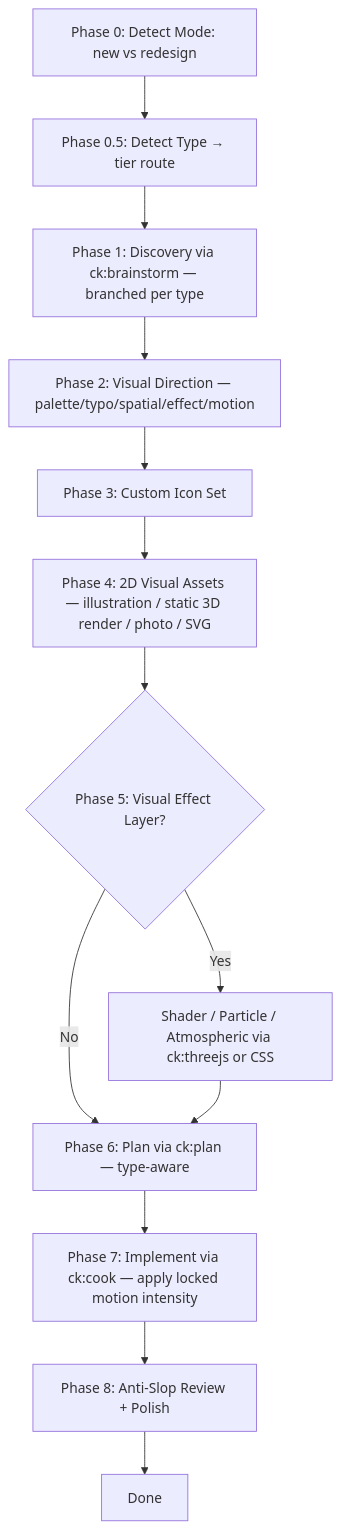
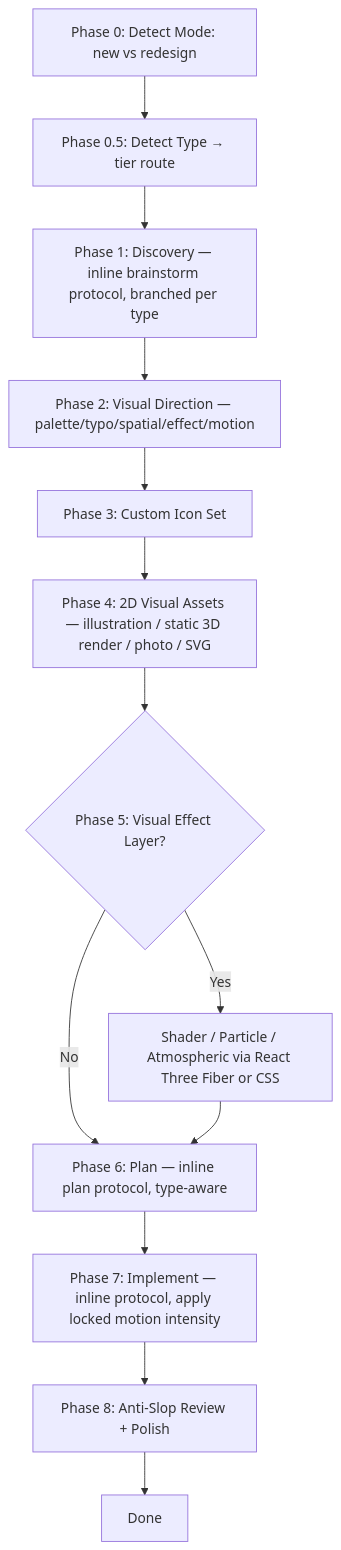
The diagram in SKILL.md (dris1153/perfect-ui), drawn with Mermaid before and after one commit. The commit also changed other lines of this file and 15 other files, not shown here.

````diff
--- a/SKILL.md
+++ b/SKILL.md
@@ -63,15 +63,15 @@
 ```mermaid
 flowchart TD
     M[Phase 0: Detect Mode: new vs redesign] --> T[Phase 0.5: Detect Type → tier route]
-    T --> B[Phase 1: Discovery via ck:brainstorm — branched per type]
+    T --> B[Phase 1: Discovery — inline brainstorm protocol, branched per type]
     B --> C[Phase 2: Visual Direction — palette/typo/spatial/effect/motion]
     C --> D[Phase 3: Custom Icon Set]
     D --> E[Phase 4: 2D Visual Assets — illustration / static 3D render / photo / SVG]
     E --> F{Phase 5: Visual Effect Layer?}
-    F -->|Yes| G[Shader / Particle / Atmospheric via ck:threejs or CSS]
-    F -->|No| H[Phase 6: Plan via ck:plan — type-aware]
+    F -->|Yes| G[Shader / Particle / Atmospheric via React Three Fiber or CSS]
+    F -->|No| H[Phase 6: Plan — inline plan protocol, type-aware]
     G --> H
-    H --> I[Phase 7: Implement via ck:cook — apply locked motion intensity]
+    H --> I[Phase 7: Implement — inline protocol, apply locked motion intensity]
     I --> J[Phase 8: Anti-Slop Review + Polish]
     J --> K[Done]
 ```
````
